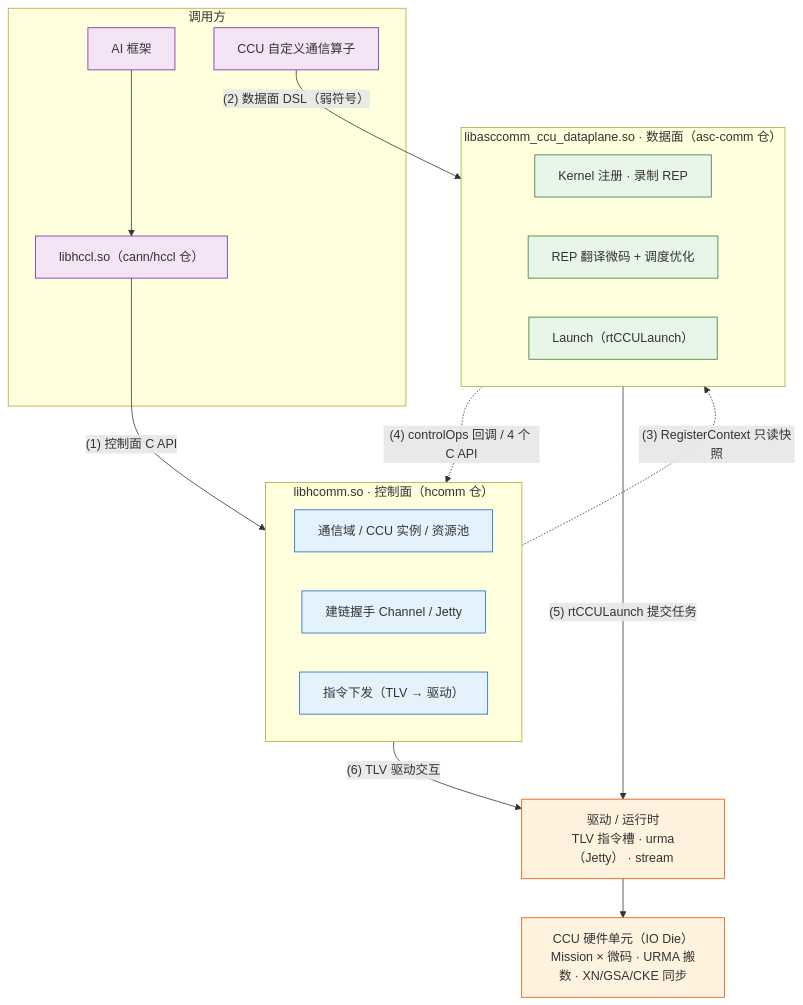
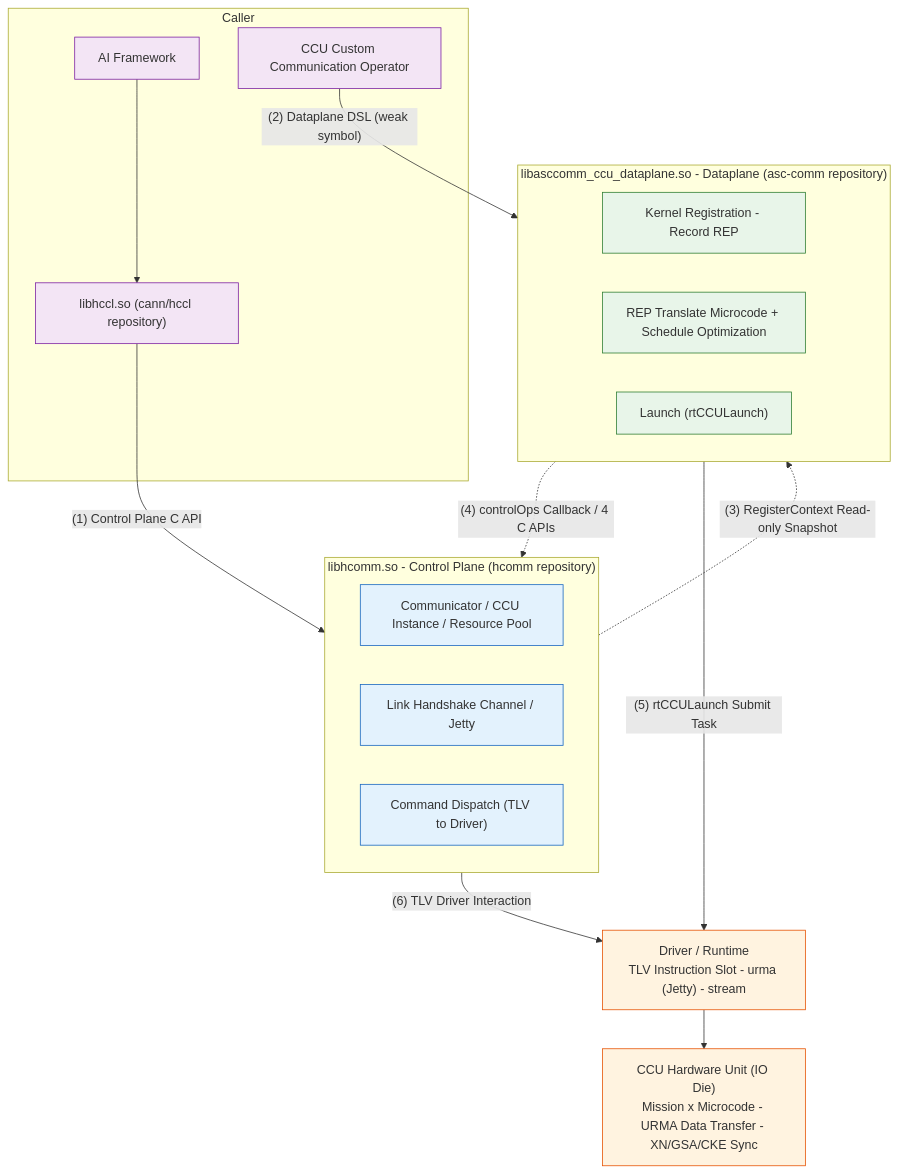
The diagram in test/hccl_vm/ccu_dataplane_architecture_en.md (Atlas-Ascend-Fork/hcomm), drawn with Mermaid before and after one commit. The commit also changed other lines of this file and 73 other files, not shown here.

````diff
--- a/test/hccl_vm/ccu_dataplane_architecture_en.md
+++ b/test/hccl_vm/ccu_dataplane_architecture_en.md
@@ -7,39 +7,39 @@
 ```mermaid
 flowchart TD
-    subgraph CALLER["调用方"]
-        FW["AI 框架"] --> HCCL["libhccl.so（cann/hccl 仓）"]
-        OP["CCU 自定义通信算子"]
+    subgraph CALLER["Caller"]
+        FW["AI Framework"] --> HCCL["libhccl.so (cann/hccl repository)"]
+        OP["CCU Custom Communication Operator"]
     end
 
-    subgraph CTRL["libhcomm.so · 控制面（hcomm 仓）"]
-        C1["通信域 / CCU 实例 / 资源池"]
-        C2["建链握手 Channel / Jetty"]
-        C3["指令下发（TLV → 驱动）"]
+    subgraph CTRL["libhcomm.so - Control Plane (hcomm repository)"]
+        C1["Communicator / CCU Instance / Resource Pool"]
+        C2["Link Handshake Channel / Jetty"]
+        C3["Command Dispatch (TLV to Driver)"]
     end
 
-    subgraph DP["libasccomm_ccu_dataplane.so · 数据面（asc-comm 仓）"]
-        D1["Kernel 注册 · 录制 REP"]
-        D2["REP 翻译微码 + 调度优化"]
-        D3["Launch（rtCCULaunch）"]
+    subgraph DP["libasccomm_ccu_dataplane.so - Dataplane (asc-comm repository)"]
+        D1["Kernel Registration - Record REP"]
+        D2["REP Translate Microcode + Schedule Optimization"]
+        D3["Launch (rtCCULaunch)"]
     end
 
-    DRV["驱动 / 运行时<br/>TLV 指令槽 · urma（Jetty） · stream"]
-    HW["CCU 硬件单元（IO Die）<br/>Mission × 微码 · URMA 搬数 · XN/GSA/CKE 同步"]
+    DRV["Driver / Runtime<br/>TLV Instruction Slot - urma (Jetty) - stream"]
+    HW["CCU Hardware Unit (IO Die)<br/>Mission x Microcode - URMA Data Transfer - XN/GSA/CKE Sync"]
 
-    HCCL -->|"(1) 控制面 C API"| CTRL
-    OP -->|"(2) 数据面 DSL（弱符号）"| DP
-    CTRL -.->|"(3) RegisterContext 只读快照"| DP
-    DP -.->|"(4) controlOps 回调 / 4 个 C API"| CTRL
-    DP -->|"(5) rtCCULaunch 提交任务"| DRV
-    CTRL -->|"(6) TLV 驱动交互"| DRV
+    HCCL -->|"(1) Control Plane C API"| CTRL
+    OP -->|"(2) Dataplane DSL (weak symbol)"| DP
+    CTRL -.->|"(3) RegisterContext Read-only Snapshot"| DP
+    DP -.->|"(4) controlOps Callback / 4 C APIs"| CTRL
+    DP -->|"(5) rtCCULaunch Submit Task"| DRV
+    CTRL -->|"(6) TLV Driver Interaction"| DRV
     DRV --> HW
 
     classDef caller fill:#F3E5F5,stroke:#7B1FA2
     classDef ctrl fill:#E3F2FD,stroke:#1565C0
     classDef dp fill:#E8F5E9,stroke:#2E7D32
     classDef infra fill:#FFF3E0,stroke:#E65100
     class FW,HCCL,OP caller
     class C1,C2,C3 ctrl
     class D1,D2,D3 dp
     class DRV,HW infra
 ```
````
